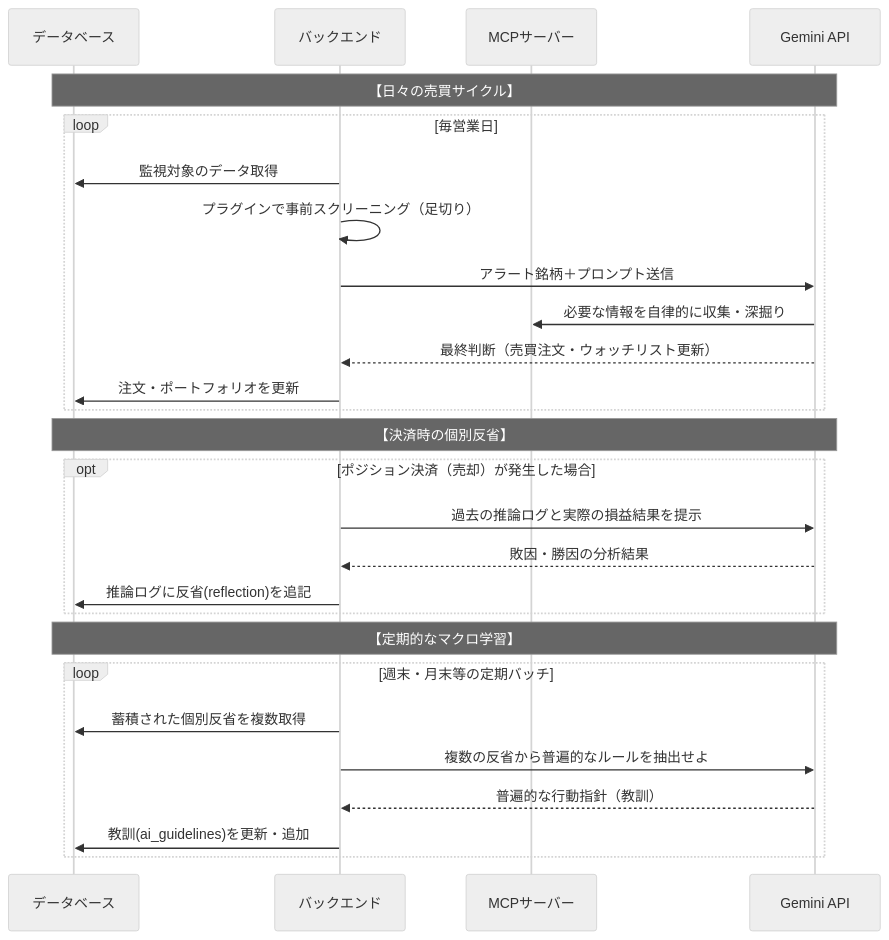
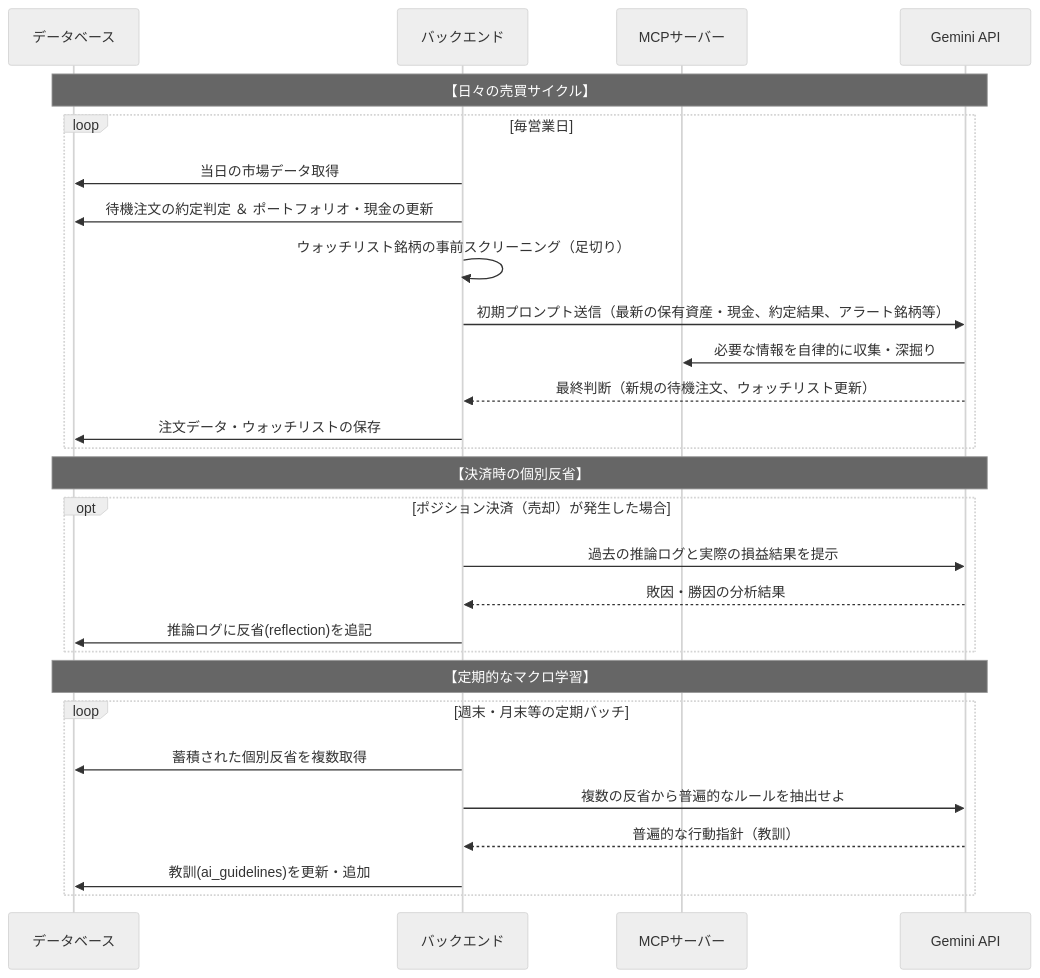
The second of 5 diagrams in docs/specs/spec.md (toraponta/trader2), drawn with Mermaid (neutral theme) before and after one commit. The commit also changed other lines of this file and 1 other file, not shown here.

Commit message:
docs: update data schema definitions and project specifications

````diff
--- a/docs/specs/spec.md
+++ b/docs/specs/spec.md
@@ -46,32 +48,33 @@
 ```mermaid
 sequenceDiagram
     participant DB as データベース
     participant BE as バックエンド
     participant MCP as MCPサーバー
     participant AI as Gemini API
 
     Note over DB,AI: 【日々の売買サイクル】
     loop 毎営業日
-        BE->>DB: 監視対象のデータ取得
-        BE->>BE: プラグインで事前スクリーニング（足切り）
-        BE->>AI: アラート銘柄＋プロンプト送信
+        BE->>DB: 当日の市場データ取得
+        BE->>DB: 待機注文の約定判定 ＆ ポートフォリオ・現金の更新
+        BE->>BE: ウォッチリスト銘柄の事前スクリーニング（足切り）
+        BE->>AI: 初期プロンプト送信（最新の保有資産・現金、約定結果、アラート銘柄等）
         AI->>MCP: 必要な情報を自律的に収集・深掘り
-        AI-->>BE: 最終判断（売買注文・ウォッチリスト更新）
-        BE->>DB: 注文・ポートフォリオを更新
+        AI-->>BE: 最終判断（新規の待機注文、ウォッチリスト更新）
+        BE->>DB: 注文データ・ウォッチリストの保存
     end
 
     Note over DB,AI: 【決済時の個別反省】
     opt ポジション決済（売却）が発生した場合
         BE->>AI: 過去の推論ログと実際の損益結果を提示
         AI-->>BE: 敗因・勝因の分析結果
         BE->>DB: 推論ログに反省(reflection)を追記
     end
 
     Note over DB,AI: 【定期的なマクロ学習】
     loop 週末・月末等の定期バッチ
         BE->>DB: 蓄積された個別反省を複数取得
         BE->>AI: 複数の反省から普遍的なルールを抽出せよ
         AI-->>BE: 普遍的な行動指針（教訓）
         BE->>DB: 教訓(ai_guidelines)を更新・追加
     end
 ```
````
